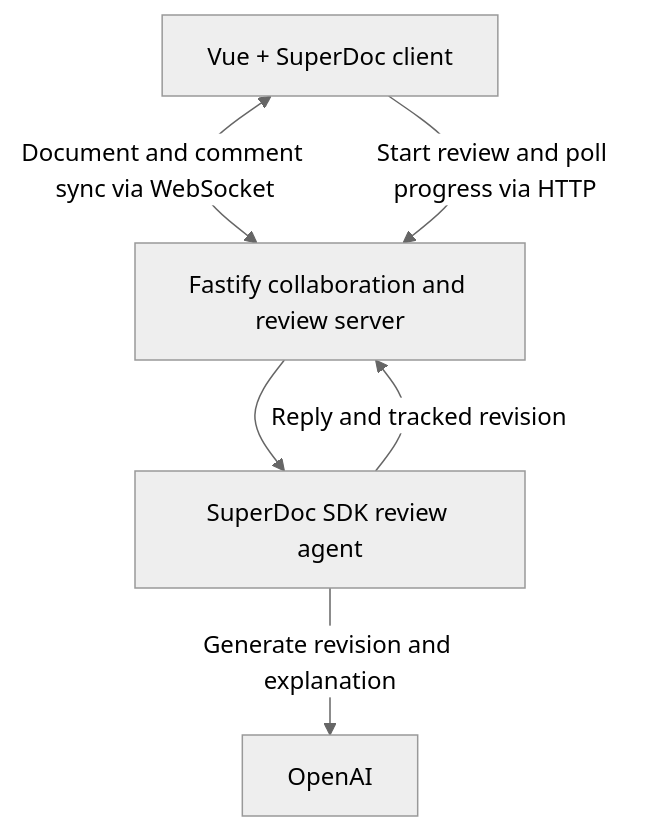
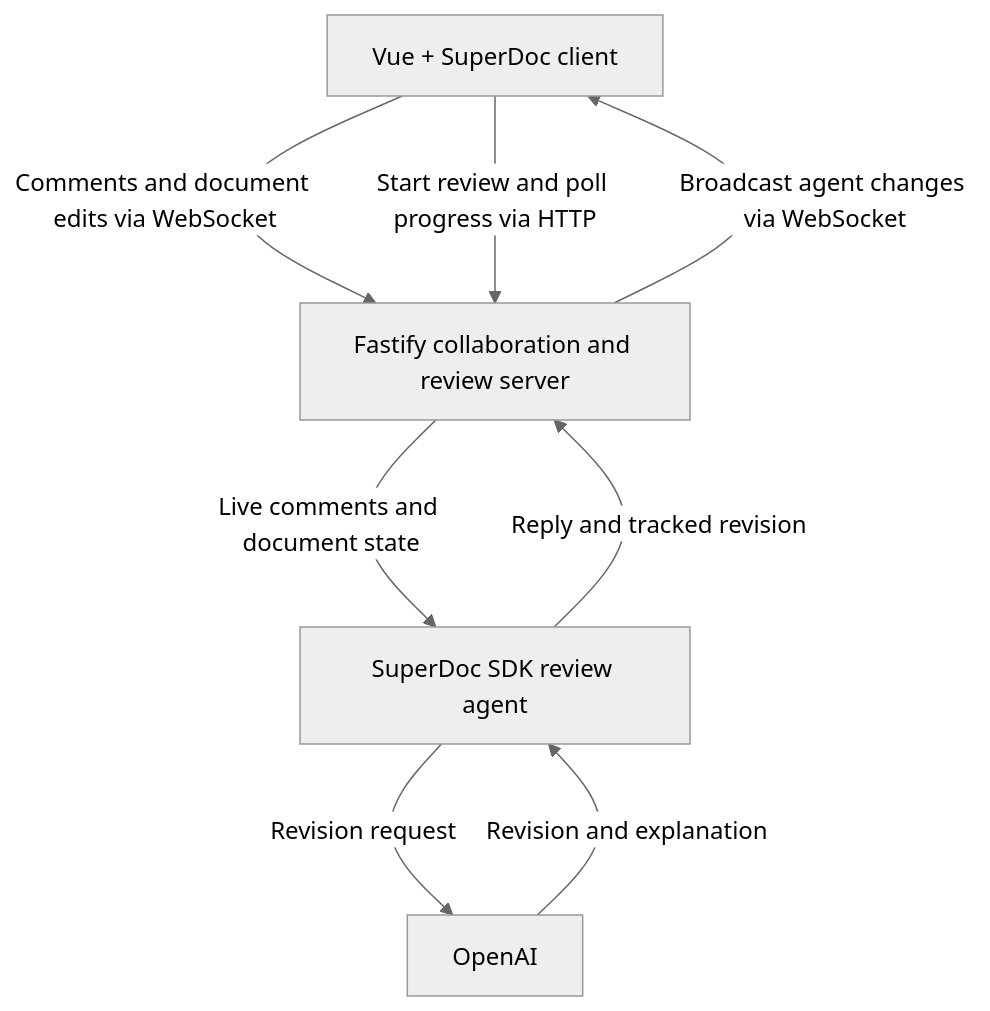
One commit to mattConnHarbour/agentic-collaboration-demo changed the diagram in README.md. Above: the diagram before and after it, drawn with Mermaid (neutral theme).

Commit message:
docs: clarify architecture return flow

````diff
--- a/README.md
+++ b/README.md
@@ -9,13 +9,16 @@
 ```mermaid
+%%{init: {"flowchart": {"rankSpacing": 90}}}%%
 flowchart TD
     Client[Vue + SuperDoc client]
     Server[Fastify collaboration and review server]
     Agent[SuperDoc SDK review agent]
     OpenAI[OpenAI]
 
-    Client <-->|Document and comment sync via WebSocket| Server
+    Client -->|Comments and document edits via WebSocket| Server
     Client -->|Start review and poll progress via HTTP| Server
-    Server --> Agent
-    Agent -->|Generate revision and explanation| OpenAI
+    Server -->|Live comments and document state| Agent
+    Agent -->|Revision request| OpenAI
+    OpenAI -->|Revision and explanation| Agent
     Agent -->|Reply and tracked revision| Server
+    Server -->|Broadcast agent changes via WebSocket| Client
 ```
````
